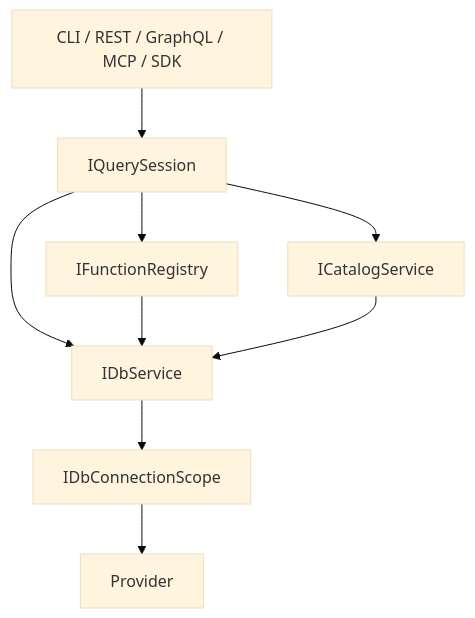
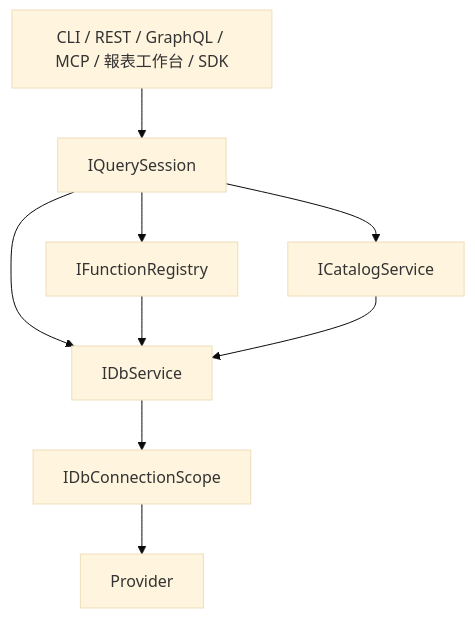
One commit to sjvann/DBServices changed the diagram in docs/architecture/layers.md. Above: the diagram before and after it, drawn with Mermaid (base theme). The commit also changed other lines of this file and 17 other files, not shown here.

````diff
--- a/docs/architecture/layers.md
+++ b/docs/architecture/layers.md
@@ -12,19 +13,19 @@
 ```mermaid
 flowchart TD
-  clients[CLI / REST / GraphQL / MCP / SDK]
+  clients[CLI / REST / GraphQL / MCP / 報表工作台 / SDK]
   session[IQuerySession]
   fn[IFunctionRegistry]
   cat[ICatalogService]
   crud[IDbService]
   scope[IDbConnectionScope]
   prov[Provider]
 
   clients --> session
   session --> fn
   session --> cat
   session --> crud
   fn --> crud
   cat --> crud
   crud --> scope
   scope --> prov
 ```
````
